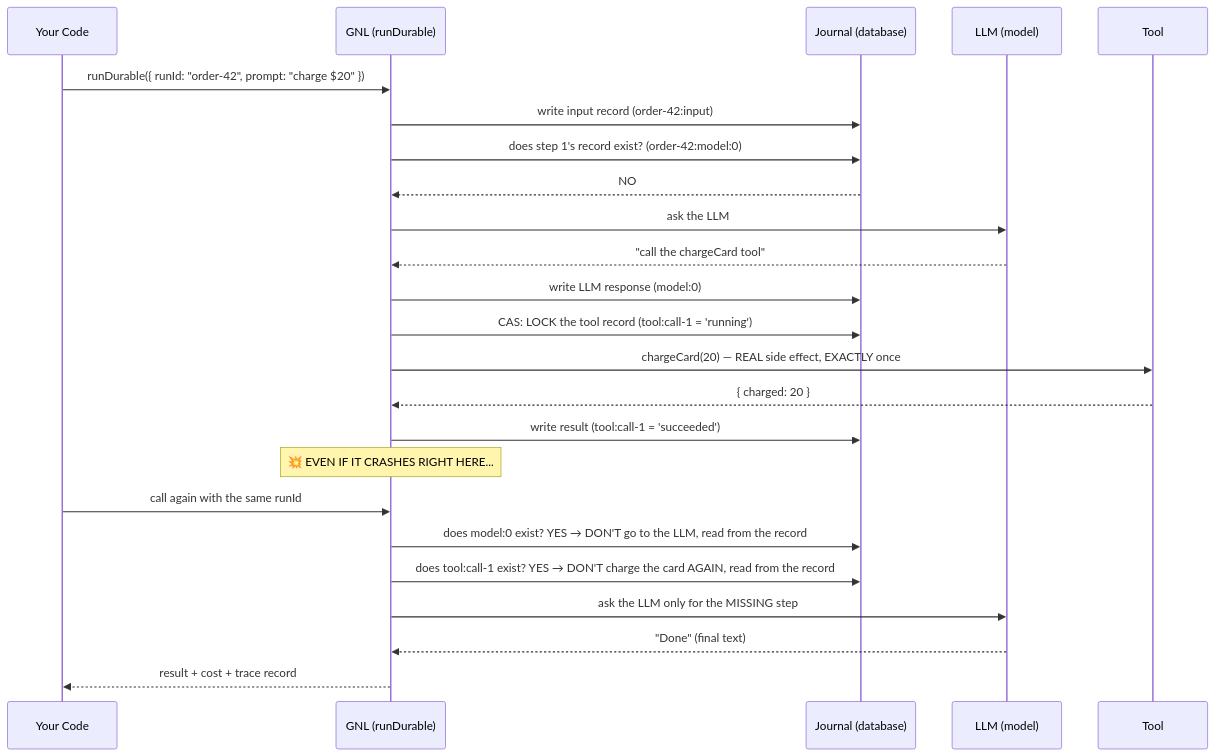
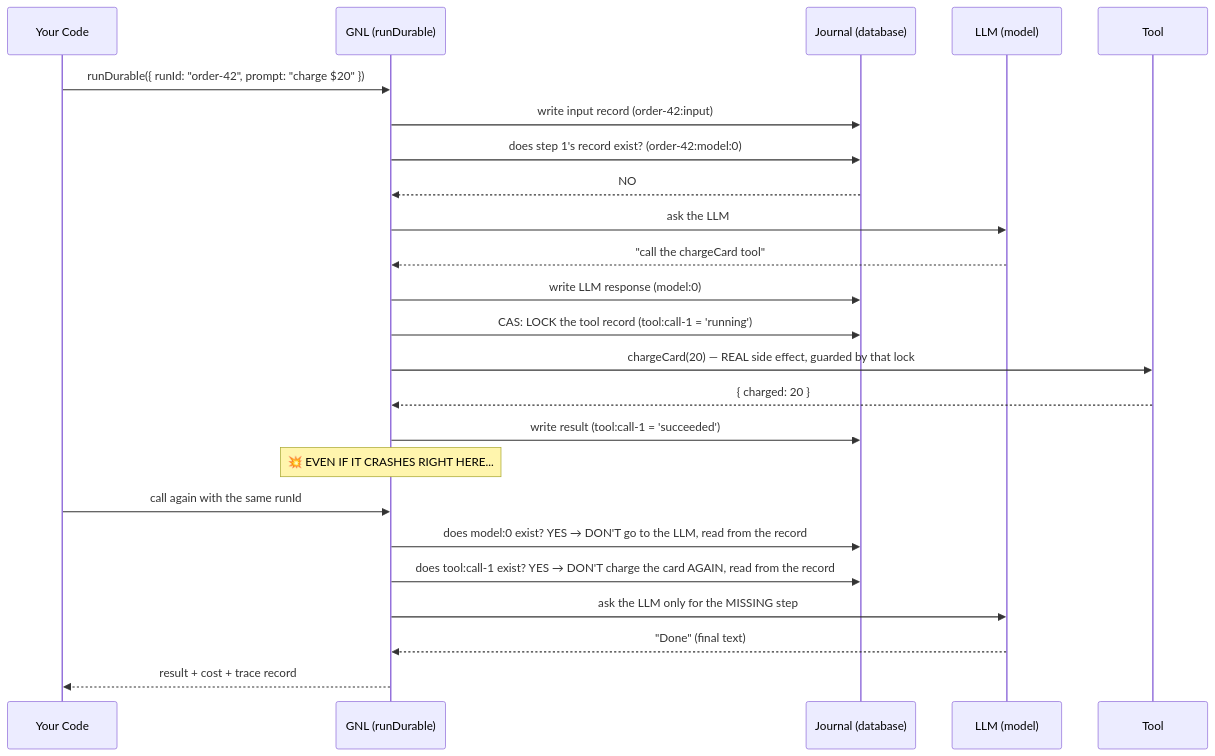
The first of 10 diagrams in docs/GUIDE.md (Karaca7/gnldev), drawn with Mermaid before and after one commit. The commit also changed other lines of this file and 377 other files, not shown here.

````diff
--- a/docs/GUIDE.md
+++ b/docs/GUIDE.md
@@ -103,27 +103,27 @@
 ```mermaid
 sequenceDiagram
     participant K as Your Code
     participant G as GNL (runDurable)
     participant J as Journal (database)
     participant M as LLM (model)
     participant T as Tool
 
     K->>G: runDurable({ runId: "order-42", prompt: "charge $20" })
     G->>J: write input record (order-42:input)
     G->>J: does step 1's record exist? (order-42:model:0)
     J-->>G: NO
     G->>M: ask the LLM
     M-->>G: "call the chargeCard tool"
     G->>J: write LLM response (model:0)
     G->>J: CAS: LOCK the tool record (tool:call-1 = 'running')
-    G->>T: chargeCard(20) — REAL side effect, EXACTLY once
+    G->>T: chargeCard(20) — REAL side effect, guarded by that lock
     T-->>G: { charged: 20 }
     G->>J: write result (tool:call-1 = 'succeeded')
     Note over G: 💥 EVEN IF IT CRASHES RIGHT HERE...
     K->>G: call again with the same runId
     G->>J: does model:0 exist? YES → DON'T go to the LLM, read from the record
     G->>J: does tool:call-1 exist? YES → DON'T charge the card AGAIN, read from the record
     G->>M: ask the LLM only for the MISSING step
     M-->>G: "Done" (final text)
     G-->>K: result + cost + trace record
 ```
````
